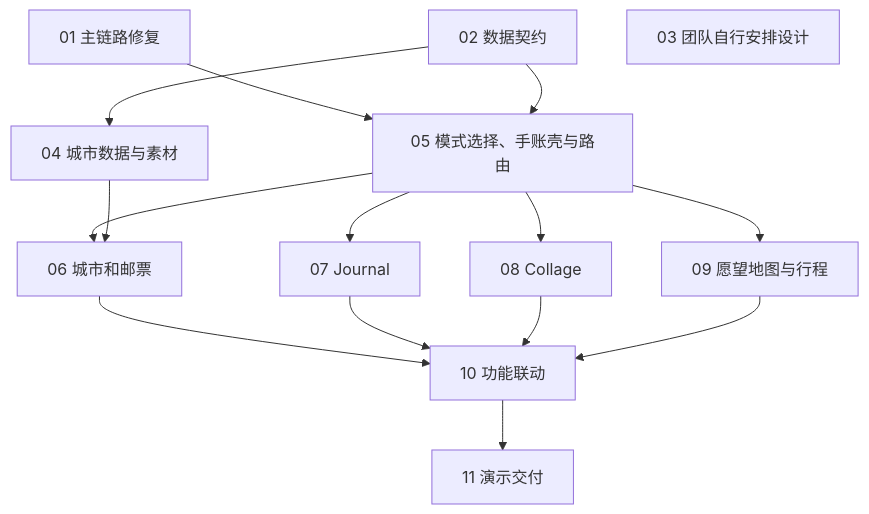
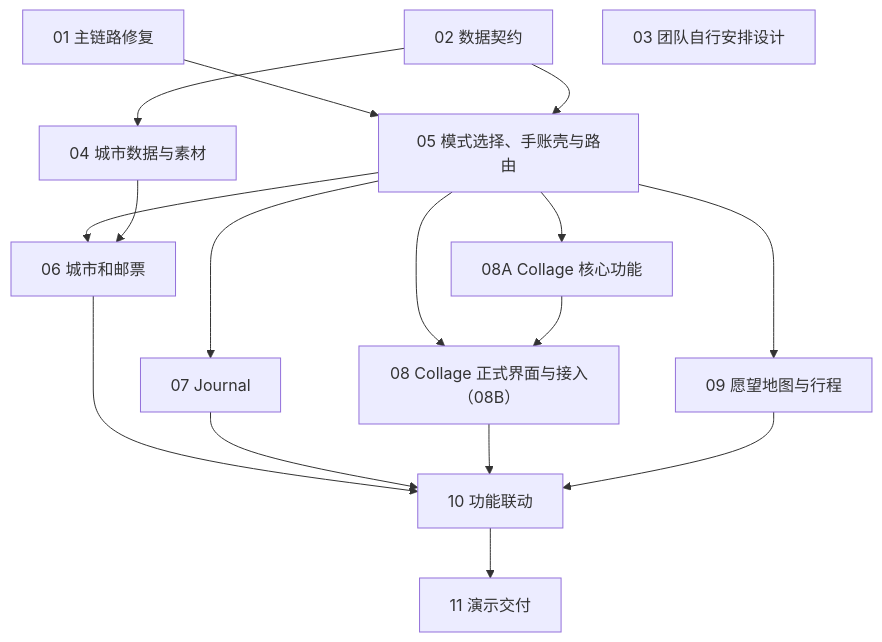
One commit to xiaoguijj/travel-atlas-book changed the diagram in docs/Travel-Atlas-Book-V1-Development-Plan.md. Above: the diagram before and after it, drawn with Mermaid. The commit also changed other lines of this file and 10 other files, not shown here.

````diff
--- a/docs/Travel-Atlas-Book-V1-Development-Plan.md
+++ b/docs/Travel-Atlas-Book-V1-Development-Plan.md
@@ -127,18 +128,20 @@
 ```mermaid
 flowchart TD
     A["01 主链路修复"] --> E["05 模式选择、手账壳与路由"]
     B["02 数据契约"] --> E
     C["03 团队自行安排设计"]
     B --> D["04 城市数据与素材"]
 
     E --> F["06 城市和邮票"]
     D --> F
     E --> G["07 Journal"]
-    E --> H["08 Collage"]
+    E --> HA["08A Collage 核心功能"]
+    E --> H["08 Collage 正式界面与接入（08B）"]
+    HA --> H
     E --> I["09 愿望地图与行程"]
     F --> J["10 功能联动"]
     G --> J
     H --> J
     I --> J
     J --> K["11 演示交付"]
 ```
````
